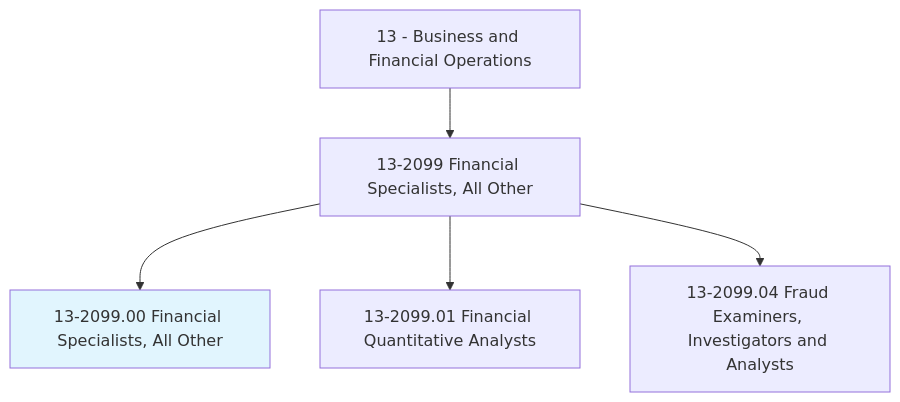
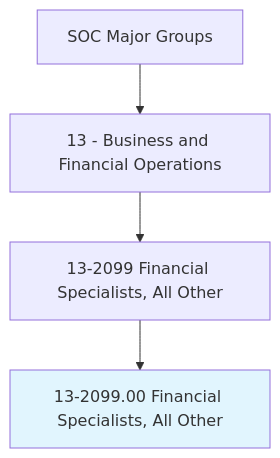
One commit to kziemski/business.org.ai changed the first of 4 diagrams in occupations/Business/FinancialSpecialists.mdx. Above: the diagram before and after it, drawn with Mermaid. The commit also changed other lines of this file and 938 other files, not shown here.

````diff
--- a/occupations/Business/FinancialSpecialists.mdx
+++ b/occupations/Business/FinancialSpecialists.mdx
@@ -19,8 +25,7 @@
 ```mermaid
 graph TD
-    Cat13["13 - Business and Financial Operations"] --> Group132099["13-2099 Financial Specialists, All Other"]
-    Group132099 --> Current["13-2099.00 Financial Specialists, All Other"]
+    SOC["SOC Major Groups"] --> Cat13["13 - Business and Financial Operations"]
+    Cat13 --> G132099["13-2099 Financial Specialists, All Other"]
+    G132099 --> Current["13-2099.00 Financial Specialists, All Other"]
     style Current fill:#e1f5fe
-    Group132099 --> V13209901["13-2099.01 Financial Quantitative Analysts"]
-    Group132099 --> V13209904["13-2099.04 Fraud Examiners, Investigators and Analysts"]
 ```
````
